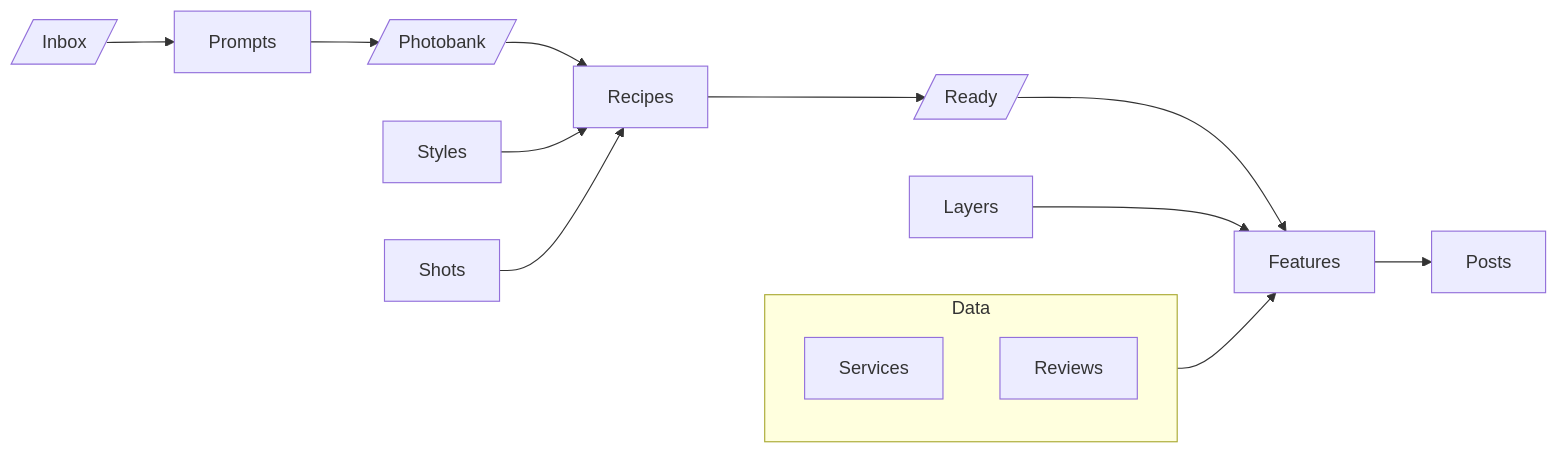
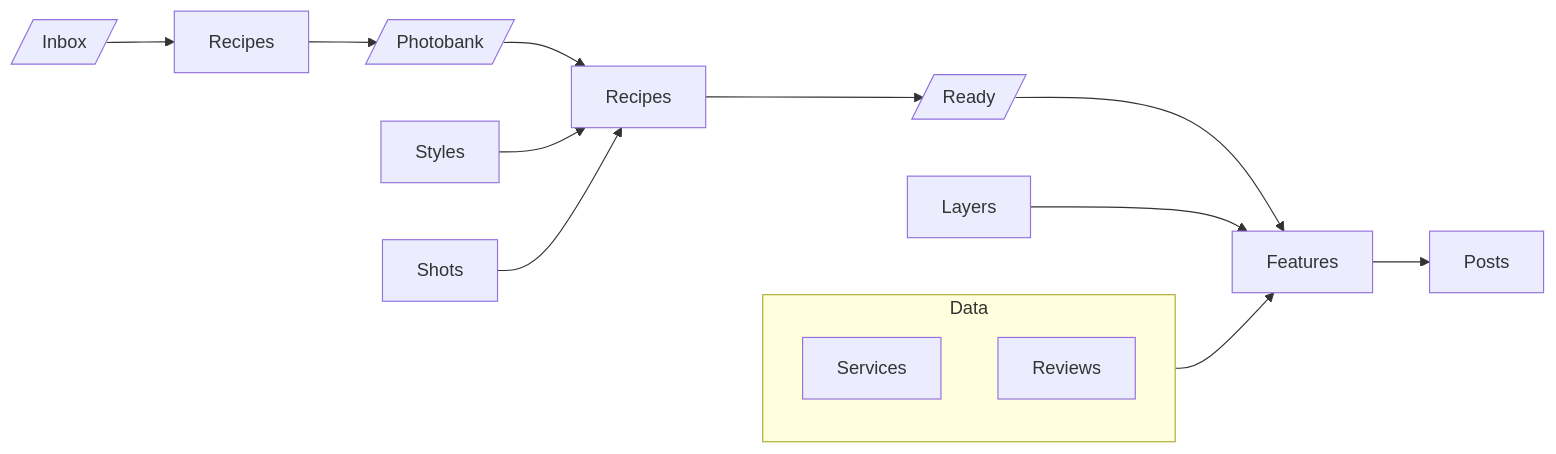
Before and after one commit to losnikitos/rocketbox: the diagram in AGENTS.md, drawn with Mermaid. The commit also changed other lines of this file and 71 other files, not shown here.

````diff
--- a/AGENTS.md
+++ b/AGENTS.md
@@ -23,12 +23,12 @@
 ```mermaid
 flowchart LR
-  Inbox[/Inbox/] --> Prompts --> Photobank[/Photobank/] --> Recipes --> Ready[/Ready/] --> Features --> Posts
+  Inbox[/Inbox/] --> InboxRecipes[Recipes] --> Photobank[/Photobank/] --> Recipes --> Ready[/Ready/] --> Features --> Posts
   Styles --> Recipes
   Shots --> Recipes
   Layers --> Features
   subgraph Data
     Services
     Reviews
   end
   Data --> Features
 ```
````
